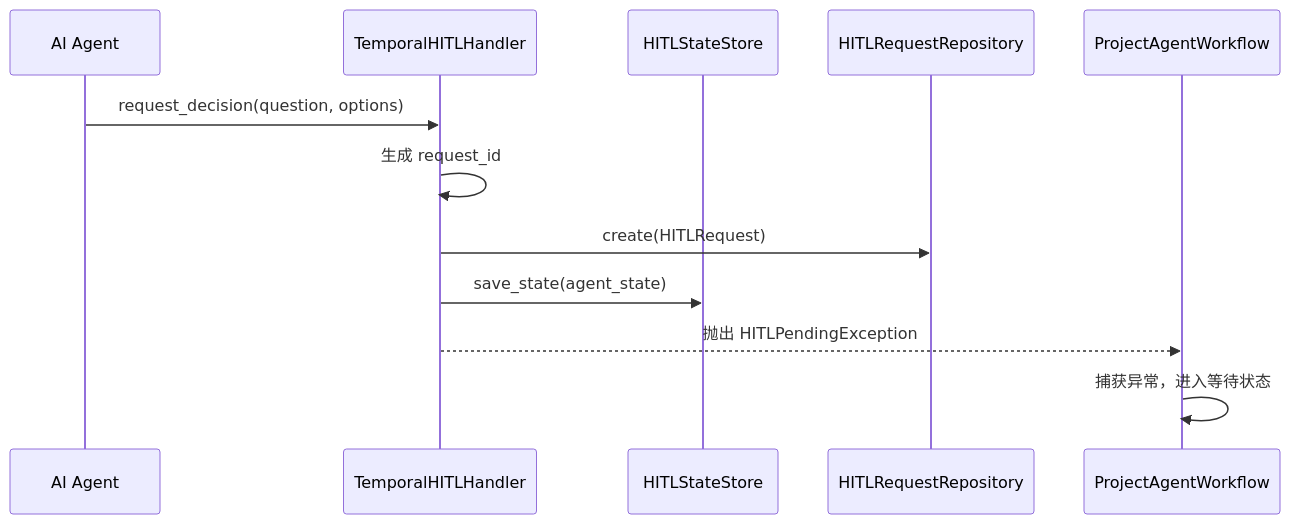
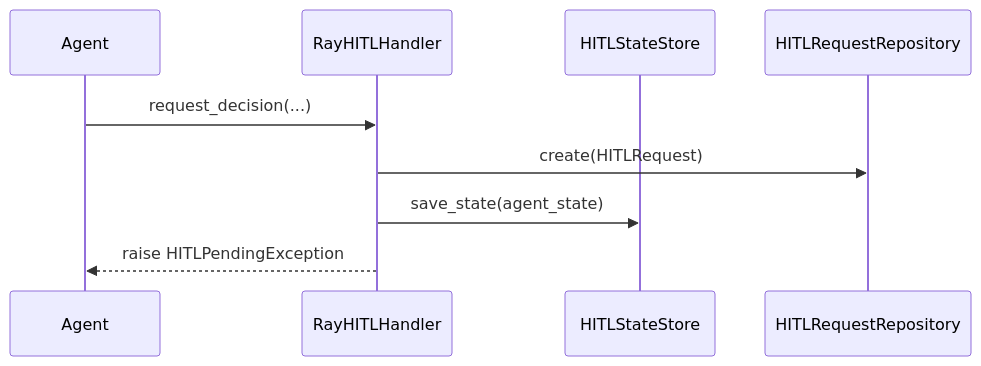
The first of 3 diagrams in docs/hitl/architecture.md (s1366560/agi-demos), drawn with Mermaid before and after one commit. The commit also changed other lines of this file and 66 other files, not shown here.

First line of the commit message:
feat(agent): add Ray/Actor-based execution with session snapshots

````diff
--- a/docs/hitl/architecture.md
+++ b/docs/hitl/architecture.md
@@ -120,15 +49,12 @@
 ```mermaid
 sequenceDiagram
-    participant Agent as AI Agent
-    participant Handler as TemporalHITLHandler
+    participant Agent as Agent
+    participant Handler as RayHITLHandler
     participant Store as HITLStateStore
     participant DB as HITLRequestRepository
-    participant Workflow as ProjectAgentWorkflow
 
-    Agent->>Handler: request_decision(question, options)
-    Handler->>Handler: 生成 request_id
+    Agent->>Handler: request_decision(...)
     Handler->>DB: create(HITLRequest)
     Handler->>Store: save_state(agent_state)
-    Handler-->>Workflow: 抛出 HITLPendingException
-    Workflow->>Workflow: 捕获异常，进入等待状态
+    Handler-->>Agent: raise HITLPendingException
 ```
````
